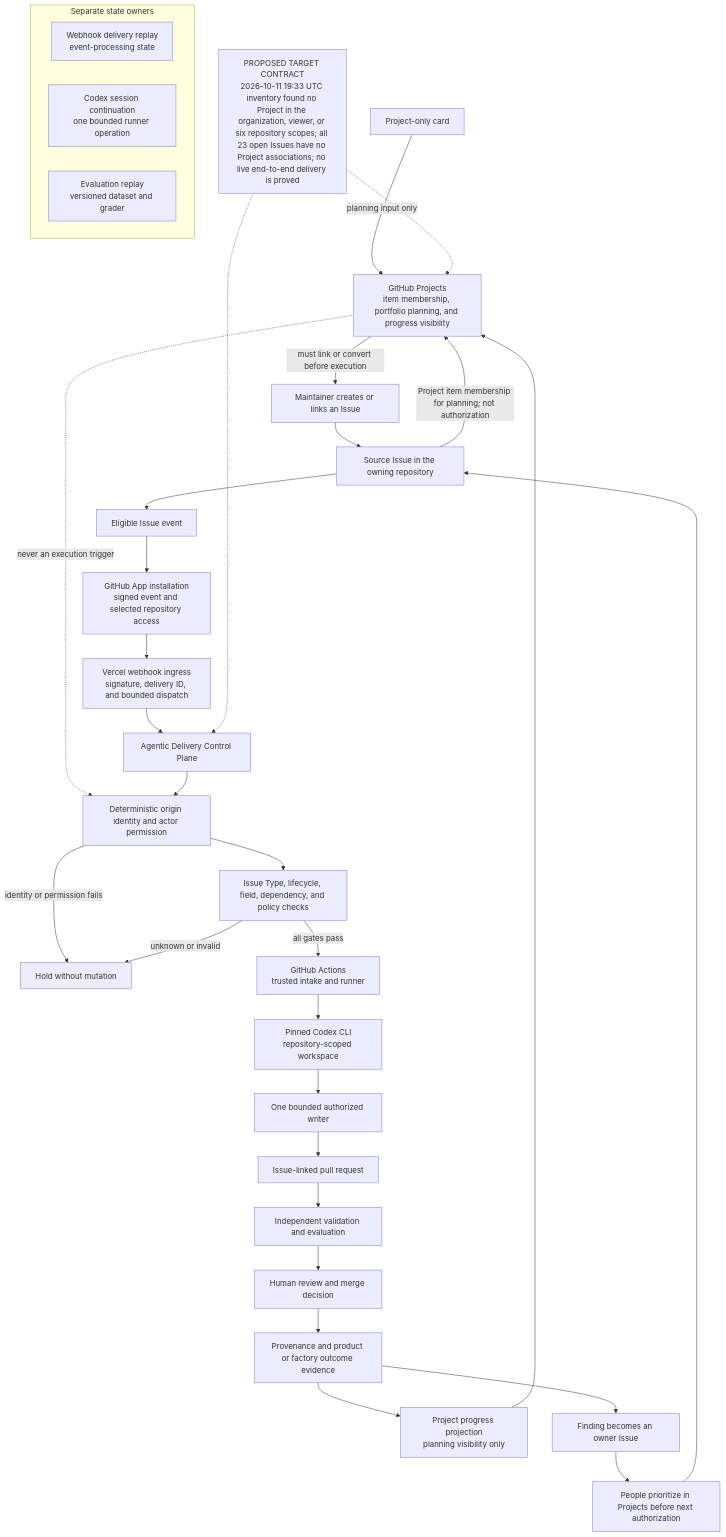
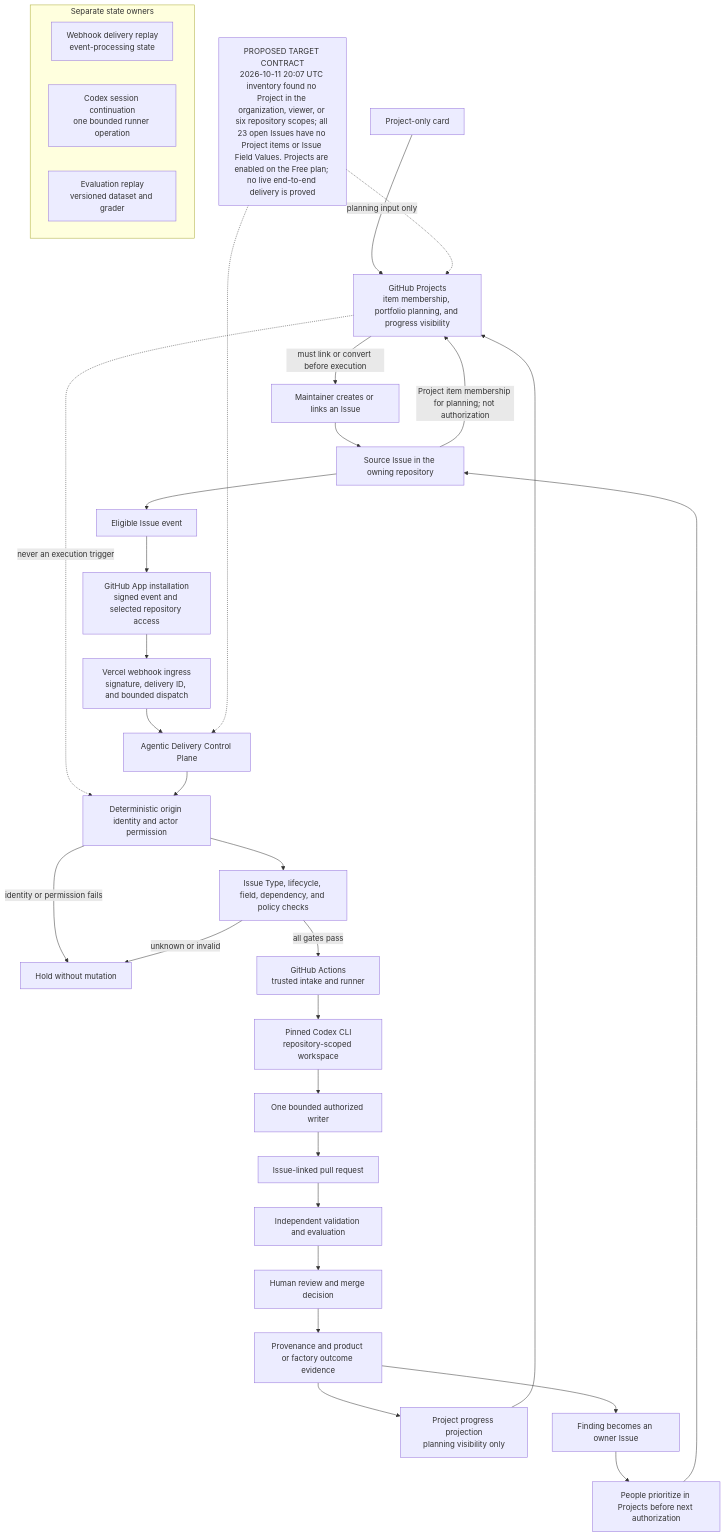
Before and after one commit to agentic-delivery-lab/agentic-delivery-architecture: the diagram in architecture/diagrams/mermaid/project-issue-lifecycle.mmd, drawn with Mermaid. The commit also changed 10 other files, not shown here.

Commit message:
docs(architecture): refresh Project and PR evidence

```diff
--- a/architecture/diagrams/mermaid/project-issue-lifecycle.mmd
+++ b/architecture/diagrams/mermaid/project-issue-lifecycle.mmd
@@ -1,43 +1,43 @@
 flowchart TD
-  STATUS["PROPOSED TARGET CONTRACT<br/>2026-10-11 19:33 UTC inventory found no Project in the organization, viewer, or six repository scopes; all 23 open Issues have no Project associations; no live end-to-end delivery is proved"]
+  STATUS["PROPOSED TARGET CONTRACT<br/>2026-10-11 20:07 UTC inventory found no Project in the organization, viewer, or six repository scopes; all 23 open Issues have no Project items or Issue Field Values. Projects are enabled on the Free plan; no live end-to-end delivery is proved"]
   PROJECT["GitHub Projects<br/>item membership, portfolio planning, and progress visibility"]
   CARD["Project-only card"]
   HUMAN["Maintainer creates or links an Issue"]
   ISSUE["Source Issue in the owning repository"]
   EVENT["Eligible Issue event"]
   APP["GitHub App installation<br/>signed event and selected repository access"]
   INGRESS["Vercel webhook ingress<br/>signature, delivery ID, and bounded dispatch"]
   CONTROL["Agentic Delivery Control Plane"]
   IDENTITY["Deterministic origin identity and actor permission"]
   CONTRACT["Issue Type, lifecycle, field, dependency, and policy checks"]
   HOLD["Hold without mutation"]
   WRITER["One bounded authorized writer"]
   ACTIONS["GitHub Actions<br/>trusted intake and runner"]
   CODEX["Pinned Codex CLI<br/>repository-scoped workspace"]
   PR["Issue-linked pull request"]
   REVIEW["Independent validation and evaluation"]
   MERGE["Human review and merge decision"]
   EVIDENCE["Provenance and product or factory outcome evidence"]
   PROGRESS["Project progress projection<br/>planning visibility only"]
   FINDING["Finding becomes an owner Issue"]
   LOOP["People prioritize in Projects before next authorization"]
 
   CARD -->|"planning input only"| PROJECT
   PROJECT -->|"must link or convert before execution"| HUMAN
   HUMAN --> ISSUE
   ISSUE -->|"Project item membership for planning; not authorization"| PROJECT
   PROJECT -. "never an execution trigger" .-> IDENTITY
   ISSUE --> EVENT --> APP --> INGRESS --> CONTROL --> IDENTITY --> CONTRACT
   IDENTITY -->|"identity or permission fails"| HOLD
   CONTRACT -->|"unknown or invalid"| HOLD
   CONTRACT -->|"all gates pass"| ACTIONS --> CODEX --> WRITER --> PR --> REVIEW --> MERGE --> EVIDENCE
   EVIDENCE --> PROGRESS --> PROJECT
   EVIDENCE --> FINDING --> LOOP --> ISSUE
 
   subgraph REPLAY["Separate state owners"]
     WEBHOOK["Webhook delivery replay<br/>event-processing state"]
     SESSION["Codex session continuation<br/>one bounded runner operation"]
     EVALUATION["Evaluation replay<br/>versioned dataset and grader"]
   end
   STATUS -.-> PROJECT
   STATUS -.-> CONTROL
```
